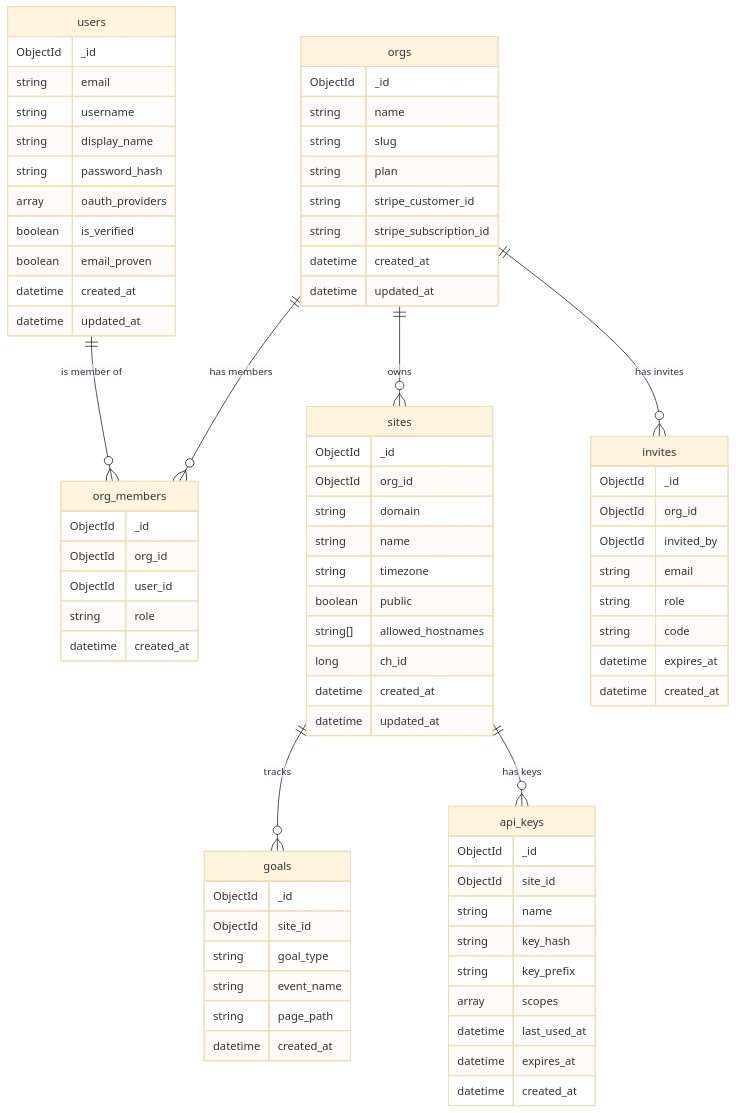
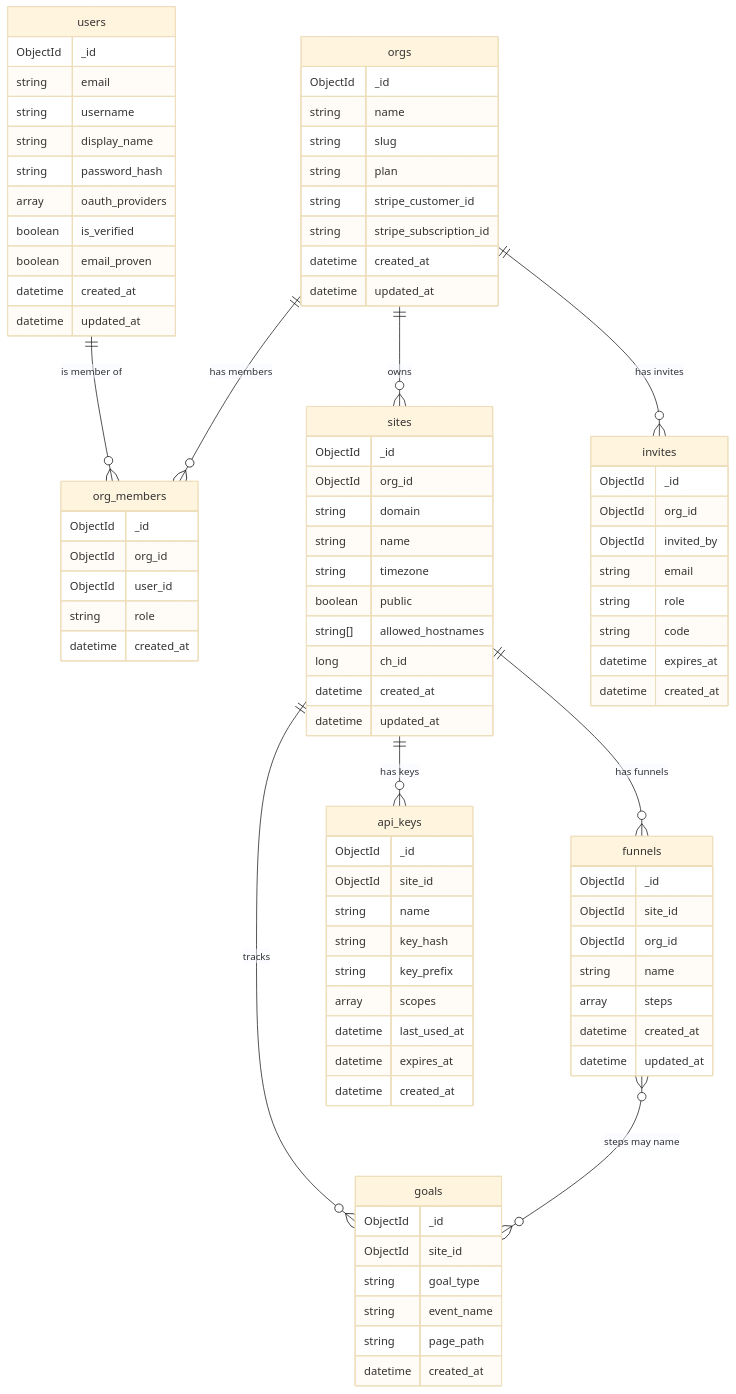
The diagram in docs/data-model.md (gjovanov/purestat), drawn with Mermaid (base theme) before and after one commit. The commit also changed other lines of this file and 29 other files, not shown here.

```diff
--- a/docs/data-model.md
+++ b/docs/data-model.md
@@ -18,6 +18,8 @@
     orgs ||--o{ sites : "owns"
     orgs ||--o{ invites : "has invites"
     sites ||--o{ goals : "tracks"
+    sites ||--o{ funnels : "has funnels"
+    funnels }o--o{ goals : "steps may name"
     sites ||--o{ api_keys : "has keys"
 
     users {
@@ -74,6 +76,16 @@
         datetime created_at
     }
 
+    funnels {
+        ObjectId _id
+        ObjectId site_id
+        ObjectId org_id
+        string name
+        array steps
+        datetime created_at
+        datetime updated_at
+    }
+
     invites {
         ObjectId _id
         ObjectId org_id
```
